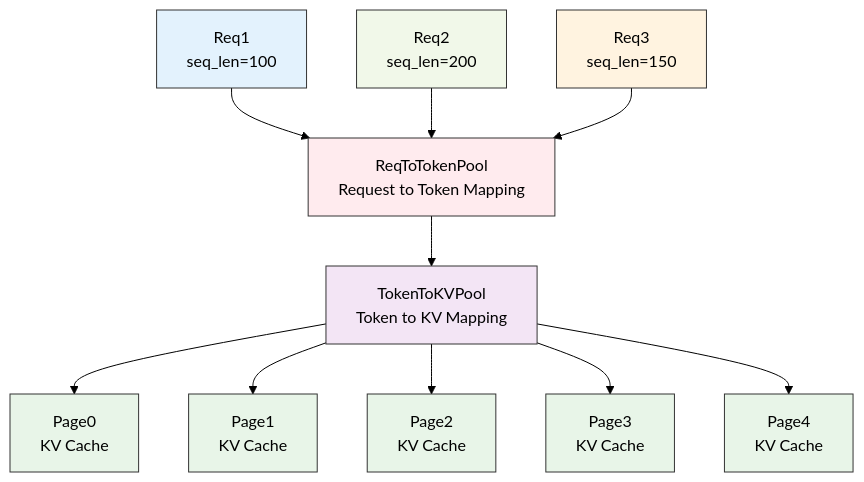
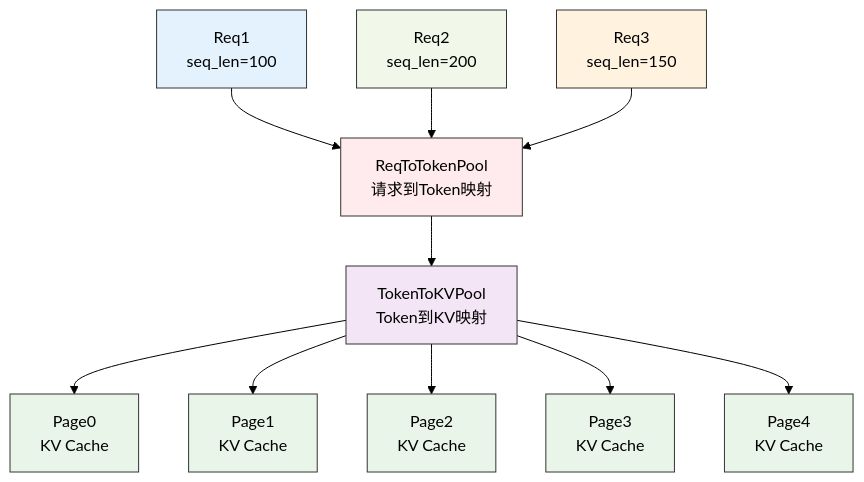
The third of 6 diagrams in SGLang开发者技术文档/01-调度器/04-批处理调度策略.md (JRChen0927/sglang), drawn with Mermaid (forest theme) before and after one commit. The commit also changed other lines of this file, not shown here.

````diff
--- a/SGLang开发者技术文档/01-调度器/04-批处理调度策略.md
+++ b/SGLang开发者技术文档/01-调度器/04-批处理调度策略.md
@@ -117,37 +117,37 @@
 ```mermaid
 graph TD
     R1["Req1<br/>seq_len=100"]
     R2["Req2<br/>seq_len=200"] 
     R3["Req3<br/>seq_len=150"]
     
-    RTT["ReqToTokenPool<br/>Request to Token Mapping"]
-    TKV["TokenToKVPool<br/>Token to KV Mapping"]
+    RTT["ReqToTokenPool<br/>请求到Token映射"]
+    TKV["TokenToKVPool<br/>Token到KV映射"]
     
     P1["Page0<br/>KV Cache"]
     P2["Page1<br/>KV Cache"]
     P3["Page2<br/>KV Cache"]
     P4["Page3<br/>KV Cache"]
     P5["Page4<br/>KV Cache"]
 
     R1 --> RTT
     R2 --> RTT  
     R3 --> RTT
     RTT --> TKV
     
     TKV --> P1
     TKV --> P2
     TKV --> P3
     TKV --> P4
     TKV --> P5
 
     style R1 fill:#e3f2fd,color:#000000,stroke:#333
     style R2 fill:#f1f8e9,color:#000000,stroke:#333
     style R3 fill:#fff3e0,color:#000000,stroke:#333
     style RTT fill:#ffebee,color:#000000,stroke:#333
     style TKV fill:#f3e5f5,color:#000000,stroke:#333
     style P1 fill:#e8f5e8,color:#000000,stroke:#333
     style P2 fill:#e8f5e8,color:#000000,stroke:#333
     style P3 fill:#e8f5e8,color:#000000,stroke:#333
     style P4 fill:#e8f5e8,color:#000000,stroke:#333
     style P5 fill:#e8f5e8,color:#000000,stroke:#333
 ```
````
